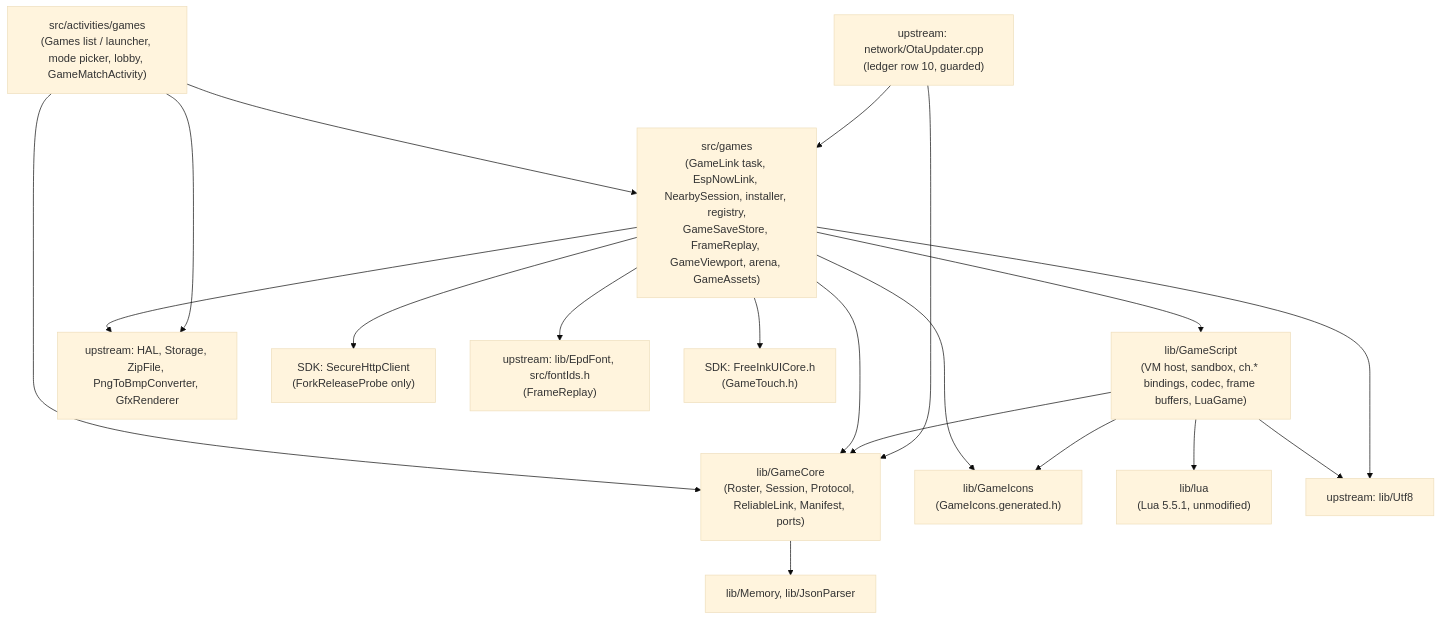
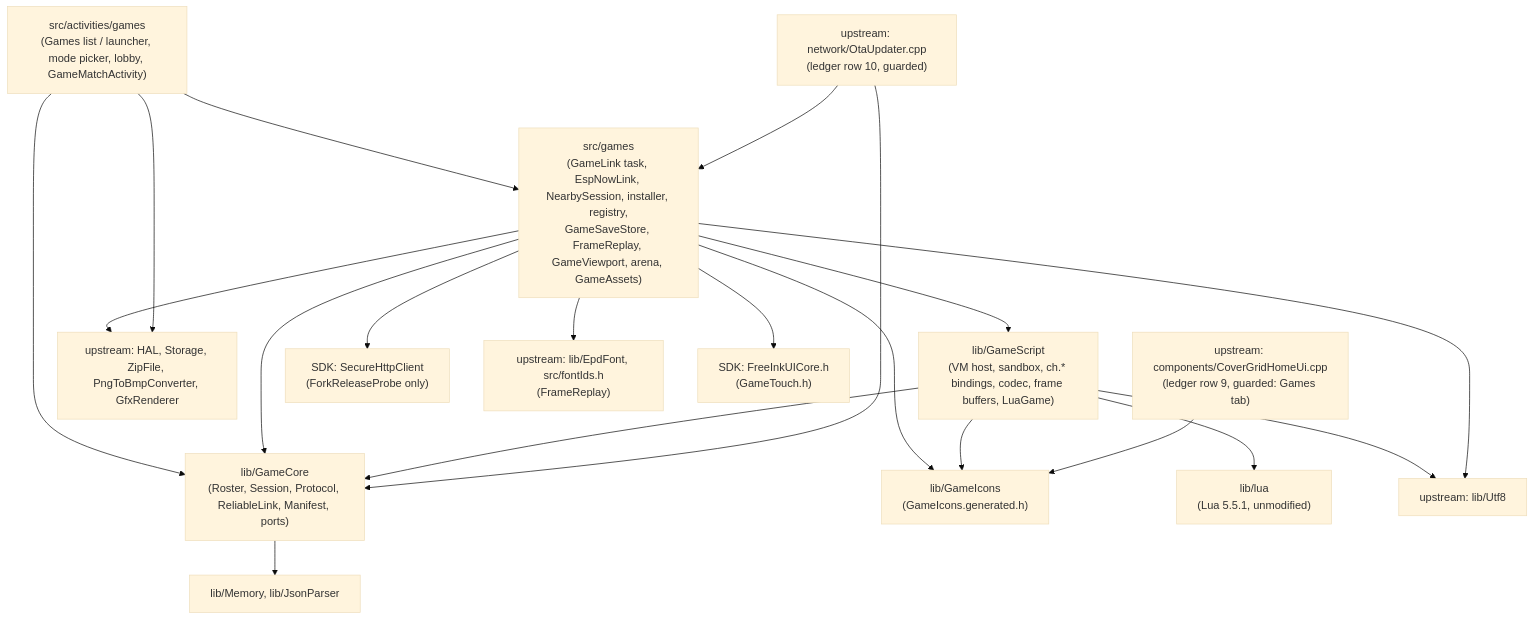
One commit to CarpeTelam/crosshatch-player changed the first of 4 diagrams in _bmad-output/planning-artifacts/architecture/architecture-crosshatch-player-2026-09-26/ARCHITECTURE-SPINE.md. Above: the diagram before and after it, drawn with Mermaid (base theme). The commit also changed other lines of this file and 18 other files, not shown here.

First line of the commit message:
feat: add a Games tab to the cover-grid Home

````diff
--- a/_bmad-output/planning-artifacts/architecture/architecture-crosshatch-player-2026-09-26/ARCHITECTURE-SPINE.md
+++ b/_bmad-output/planning-artifacts/architecture/architecture-crosshatch-player-2026-09-26/ARCHITECTURE-SPINE.md
@@ -43,22 +46,24 @@
 ```mermaid
 flowchart TD
   %% Amended 2026-09-28 (owner): the Games list, and the Utf8, EpdFont/fontIds.h, and FreeInkUICore.h edges (retro A1).
   ACT["src/activities/games<br/>(Games list / launcher, mode picker, lobby, GameMatchActivity)"] --> ADP["src/games<br/>(GameLink task, EspNowLink, NearbySession, installer, registry,<br/>GameSaveStore, FrameReplay, GameViewport, arena, GameAssets)"]
   ACT --> CORE["lib/GameCore<br/>(Roster, Session, Protocol, ReliableLink, Manifest, ports)"]
   ADP --> SCR["lib/GameScript<br/>(VM host, sandbox, ch.* bindings, codec, frame buffers, LuaGame)"]
   ADP --> CORE
   ADP --> ICO["lib/GameIcons<br/>(GameIcons.generated.h)"]
   SCR --> CORE
   SCR --> ICO
   SCR --> LUA["lib/lua<br/>(Lua 5.5.1, unmodified)"]
   CORE --> STD["lib/Memory, lib/JsonParser"]
   ADP --> HAL["upstream: HAL, Storage, ZipFile, PngToBmpConverter, GfxRenderer"]
   ACT --> HAL
   OTA["upstream: network/OtaUpdater.cpp<br/>(ledger row 10, guarded)"] --> CORE
   OTA --> ADP
+  %% Amended 2026-09-28 (owner): Home's cover-grid Games tab (ledger row 9).
+  HOME["upstream: components/CoverGridHomeUi.cpp<br/>(ledger row 9, guarded: Games tab)"] --> ICO
   ADP --> HTTP["SDK: SecureHttpClient<br/>(ForkReleaseProbe only)"]
   SCR --> UTF["upstream: lib/Utf8"]
   ADP --> UTF
   ADP --> FNT["upstream: lib/EpdFont, src/fontIds.h<br/>(FrameReplay)"]
   ADP --> FUI["SDK: FreeInkUICore.h<br/>(GameTouch.h)"]
 ```
````
